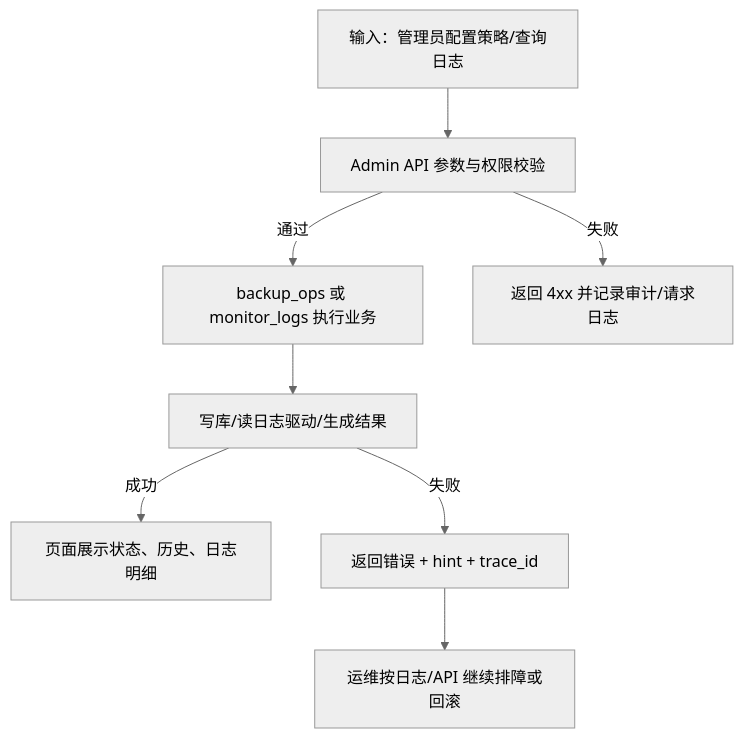
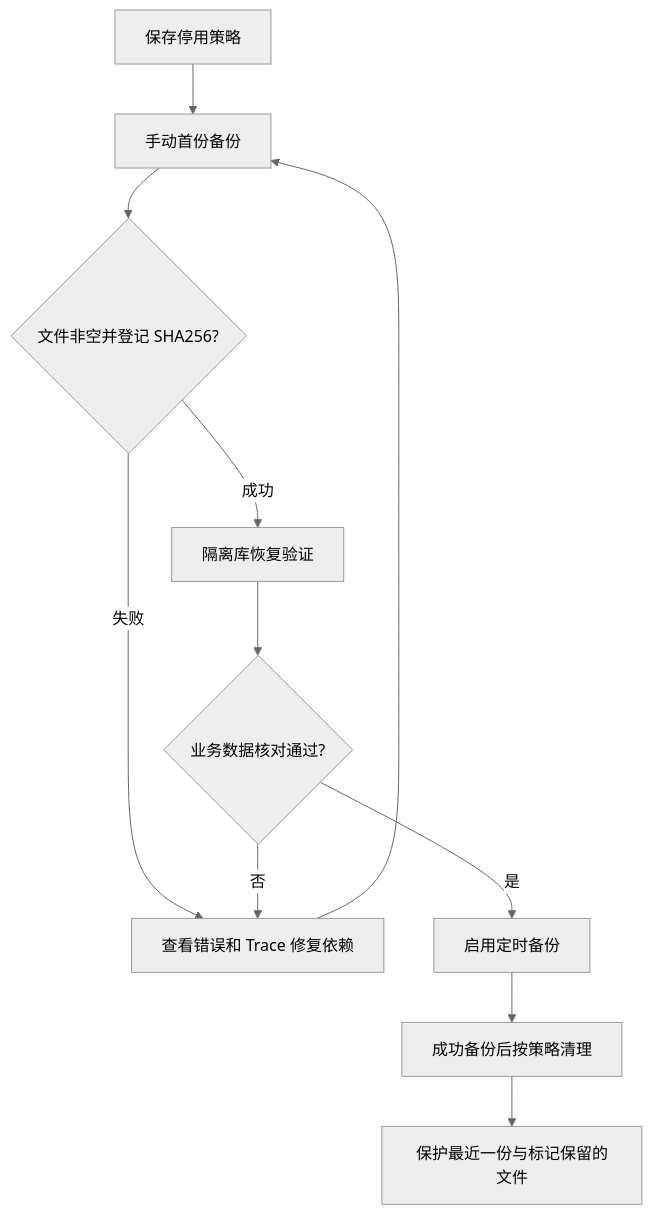
The second of 3 diagrams in docs/guides/deploy/027-monitor-center/guide.md (ArtisanCloud/PowerX), drawn with Mermaid (neutral theme) before and after one commit. The commit also changed other lines of this file and 117 other files, not shown here.

````diff
--- a/docs/guides/deploy/027-monitor-center/guide.md
+++ b/docs/guides/deploy/027-monitor-center/guide.md
@@ -48,10 +38,13 @@
 ```mermaid
 flowchart TD
-  A["输入：管理员配置策略/查询日志"] --> B["Admin API 参数与权限校验"]
-  B -->|通过| C["backup_ops 或 monitor_logs 执行业务"]
-  B -->|失败| E["返回 4xx 并记录审计/请求日志"]
-  C --> D["写库/读日志驱动/生成结果"]
-  D -->|成功| F["页面展示状态、历史、日志明细"]
-  D -->|失败| G["返回错误 + hint + trace_id"]
-  G --> H["运维按日志/API 继续排障或回滚"]
+ A[保存停用策略] --> B[手动首份备份]
+ B --> C{文件非空并登记 SHA256?}
+ C -->|失败| E[查看错误和 Trace 修复依赖]
+ E --> B
+ C -->|成功| D[隔离库恢复验证]
+ D --> F{业务数据核对通过?}
+ F -->|否| E
+ F -->|是| G[启用定时备份]
+ G --> H[成功备份后按策略清理]
+ H --> I[保护最近一份与标记保留的文件]
 ```
````
